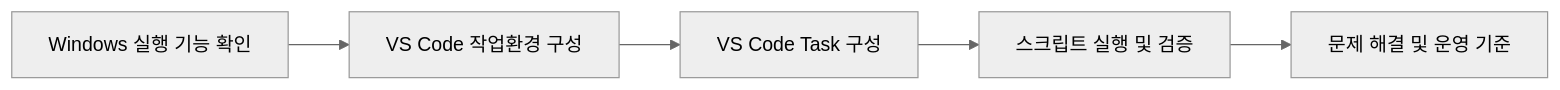
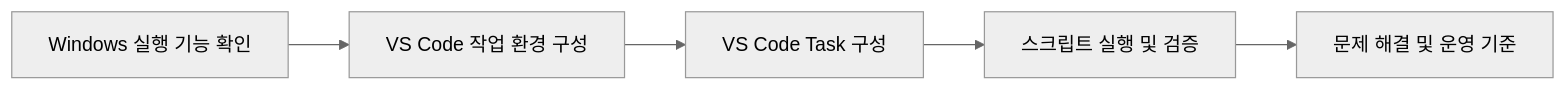
Before and after one commit to Team-Microserver/vbscript-doc: the first of 2 diagrams in docs/01_env/vbscript_execution_environment.md, drawn with Mermaid (neutral theme). The commit also changed other lines of this file and 9 other files, not shown here.

````diff
--- a/docs/01_env/vbscript_execution_environment.md
+++ b/docs/01_env/vbscript_execution_environment.md
@@ -9,7 +9,7 @@
 ```mermaid
 flowchart LR
-    A[Windows 실행 기능 확인] --> B[VS Code 작업환경 구성]
+    A[Windows 실행 기능 확인] --> B[VS Code 작업 환경 구성]
     B --> C[VS Code Task 구성]
     C --> D[스크립트 실행 및 검증]
     D --> E[문제 해결 및 운영 기준]
 ```
````
